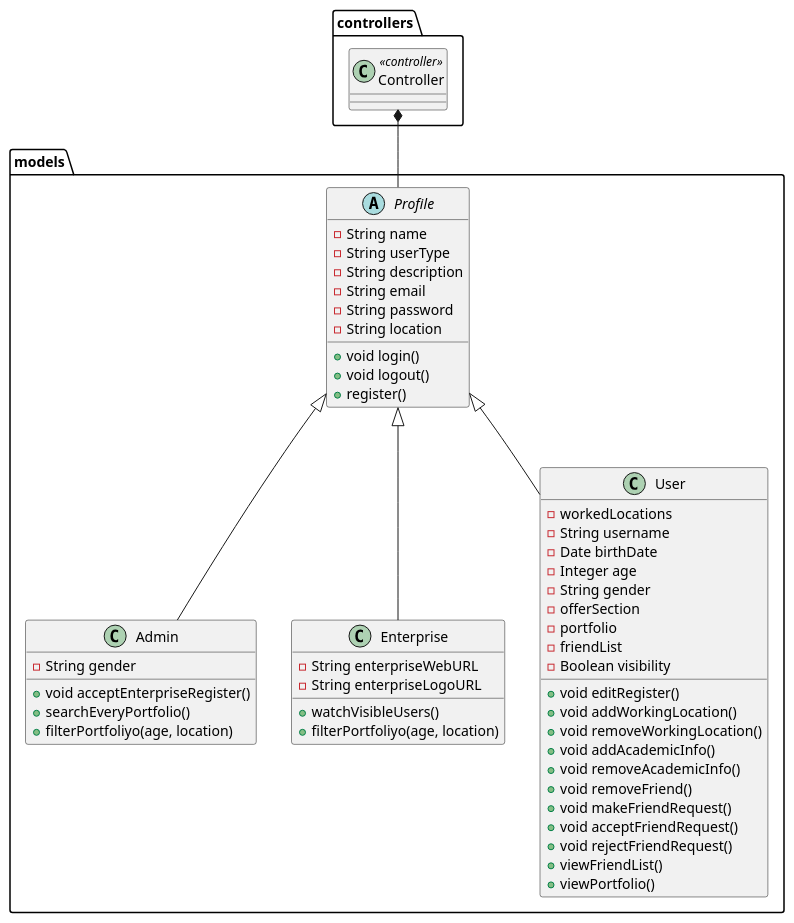
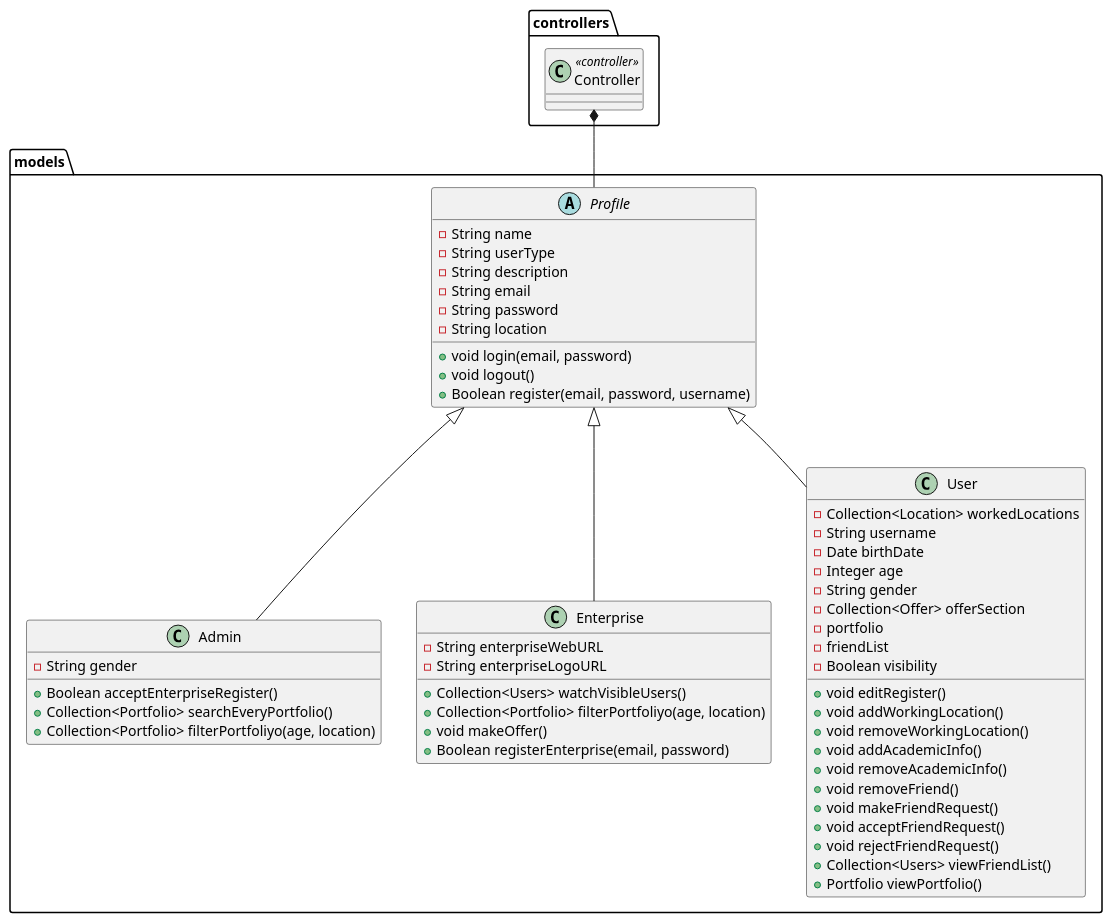
The diagram in diagrams/UML.puml (DiogoSilva23/Portfoliyo), drawn with PlantUML before and after one commit.

Commit message:
Update UML

```diff
--- a/diagrams/UML.puml
+++ b/diagrams/UML.puml
@@ -1,69 +1,66 @@
 @startuml
 
 package models {
     abstract class Profile {
         -String name
-        -String userType
+        -String userType /'Isto deve ser uma classe'/
         -String description
         -String email
         -String password
         -String location
-        +void login()
+        +void login(email, password) /'Deve dar return a algo'/
         +void logout()
-        +register()
+        +Boolean register(email, password, username) /'Deve receber mais coisas, deve dar return a User'/
     }
 
     class Admin {
-        -String gender
-        +void acceptEnterpriseRegister()
-        +searchEveryPortfolio()
-        +filterPortfoliyo(age, location)
+        -String gender /'Pode ser Char'/
+        +Boolean acceptEnterpriseRegister()
+        +Collection<Portfolio> searchEveryPortfolio() /'Talvez uma collection de Portfolios'/
+        +Collection<Portfolio> filterPortfoliyo(age, location)
     }
 
     class Enterprise {
         -String enterpriseWebURL
         -String enterpriseLogoURL
-        +watchVisibleUsers()
-        +filterPortfoliyo(age, location)
+        +Collection<Users> watchVisibleUsers()
+        +Collection<Portfolio> filterPortfoliyo(age, location) /'Portfolio deve ser uma classe'/
+        +void makeOffer()
+        +Boolean registerEnterprise(email, password)
     }
 
     class User {
-        -workedLocations
+        -Collection<Location> workedLocations
         -String username
         -Date birthDate
         -Integer age
         -String gender
-        -offerSection
-        -portfolio
-        -friendList
+        -Collection<Offer> offerSection /'Offer deve ser uma classe'/
+        -portfolio /'Isto deve ser uma classe'/
+        -friendList /'Isto deve ser uma classe'/
         -Boolean visibility
         +void editRegister()
         +void addWorkingLocation()
         +void removeWorkingLocation()
         +void addAcademicInfo()
         +void removeAcademicInfo()
         +void removeFriend()
-        +void makeFriendRequest()
+        +void makeFriendRequest() /'Talvez não é void'/
         +void acceptFriendRequest()
         +void rejectFriendRequest()
-        +viewFriendList()
-        +viewPortfolio()
+        +Collection<Users> viewFriendList()
+        +Portfolio viewPortfolio()
     }
 }
 
 package controllers {
     class Controller <<controller>> {
     }
 }
 
 Controller *-- Profile
 Profile <|-- Admin
 Profile <|-- User
 Profile <|-- Enterprise
 
-
-
-
-
-
 @enduml
```
